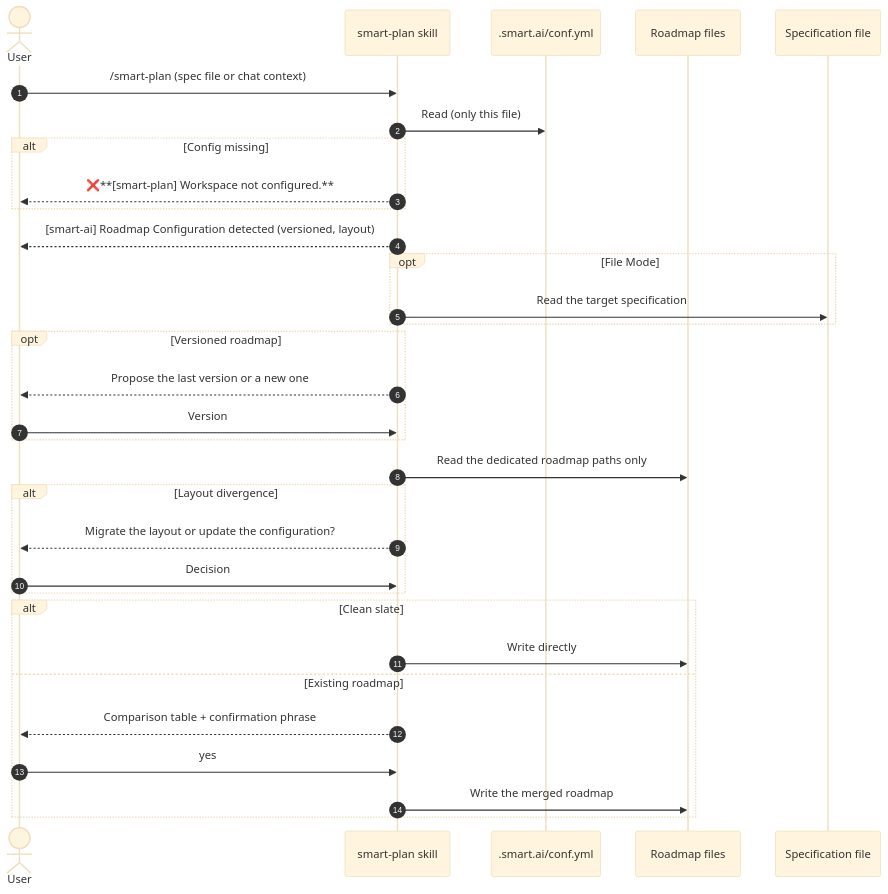
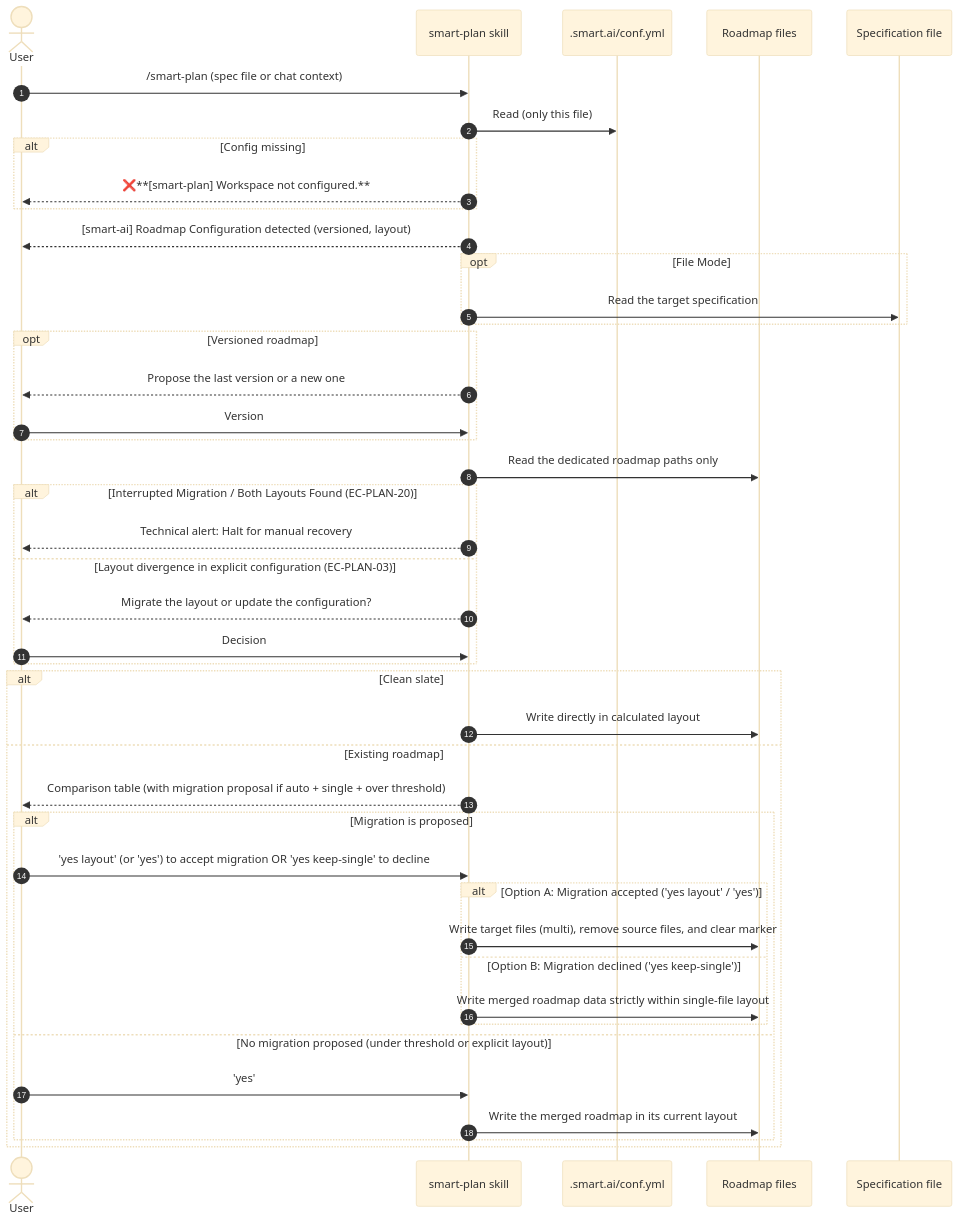
The third of 3 diagrams in docs/specs/smart-plan.md (fletort/smart-ai-factory), drawn with Mermaid (base theme) before and after one commit. The commit also changed other lines of this file and 1 other file, not shown here.

Commit message:
doc: roadmap - `auto`-layout switch (#38)

````diff
--- a/docs/specs/smart-plan.md
+++ b/docs/specs/smart-plan.md
@@ -329,35 +411,49 @@
   ```mermaid
   sequenceDiagram
-      autonumber
-      actor User
-      participant Skill as smart-plan skill
-      participant Cfg as .smart.ai/conf.yml
-      participant FS as Roadmap files
-      participant Spec as Specification file
+    autonumber
+    actor User
+    participant Skill as smart-plan skill
+    participant Cfg as .smart.ai/conf.yml
+    participant FS as Roadmap files
+    participant Spec as Specification file
 
-      User->>Skill: /smart-plan (spec file or chat context)
-      Skill->>Cfg: Read (only this file)
-      alt Config missing
-          Skill-->>User: ❌**[smart-plan] Workspace not configured.**
-      end
-      Skill-->>User: [smart-ai] Roadmap Configuration detected (versioned, layout)
-      opt File Mode
-          Skill->>Spec: Read the target specification
-      end
-      opt Versioned roadmap
-          Skill-->>User: Propose the last version or a new one
-          User->>Skill: Version
-      end
-      Skill->>FS: Read the dedicated roadmap paths only
-      alt Layout divergence
-          Skill-->>User: Migrate the layout or update the configuration?
-          User->>Skill: Decision
-      end
-      alt Clean slate
-          Skill->>FS: Write directly
-      else Existing roadmap
-          Skill-->>User: Comparison table + confirmation phrase
-          User->>Skill: yes
-          Skill->>FS: Write the merged roadmap
-      end
+    User->>Skill: /smart-plan (spec file or chat context)
+    Skill->>Cfg: Read (only this file)
+    alt Config missing
+        Skill-->>User: ❌**[smart-plan] Workspace not configured.**
+    end
+    Skill-->>User: [smart-ai] Roadmap Configuration detected (versioned, layout)
+    opt File Mode
+        Skill->>Spec: Read the target specification
+    end
+    opt Versioned roadmap
+        Skill-->>User: Propose the last version or a new one
+        User->>Skill: Version
+    end
+    Skill->>FS: Read the dedicated roadmap paths only
+
+    alt Interrupted Migration / Both Layouts Found (EC-PLAN-20)
+        Skill-->>User: Technical alert: Halt for manual recovery
+    else Layout divergence in explicit configuration (EC-PLAN-03)
+        Skill-->>User: Migrate the layout or update the configuration?
+        User->>Skill: Decision
+    end
+
+    alt Clean slate
+        Skill->>FS: Write directly in calculated layout
+    else Existing roadmap
+        Skill-->>User: Comparison table (with migration proposal if auto + single + over threshold)
+
+        alt Migration is proposed
+            User->>Skill: 'yes layout' (or 'yes') to accept migration OR 'yes keep-single' to decline
+            alt Option A: Migration accepted ('yes layout' / 'yes')
+                Skill->>FS: Write target files (multi), remove source files, and clear marker
+            else Option B: Migration declined ('yes keep-single')
+                Skill->>FS: Write merged roadmap data strictly within single-file layout
+            end
+        else No migration proposed (under threshold or explicit layout)
+            User->>Skill: 'yes'
+            Skill->>FS: Write the merged roadmap in its current layout
+        end
+    end
   ```
````
